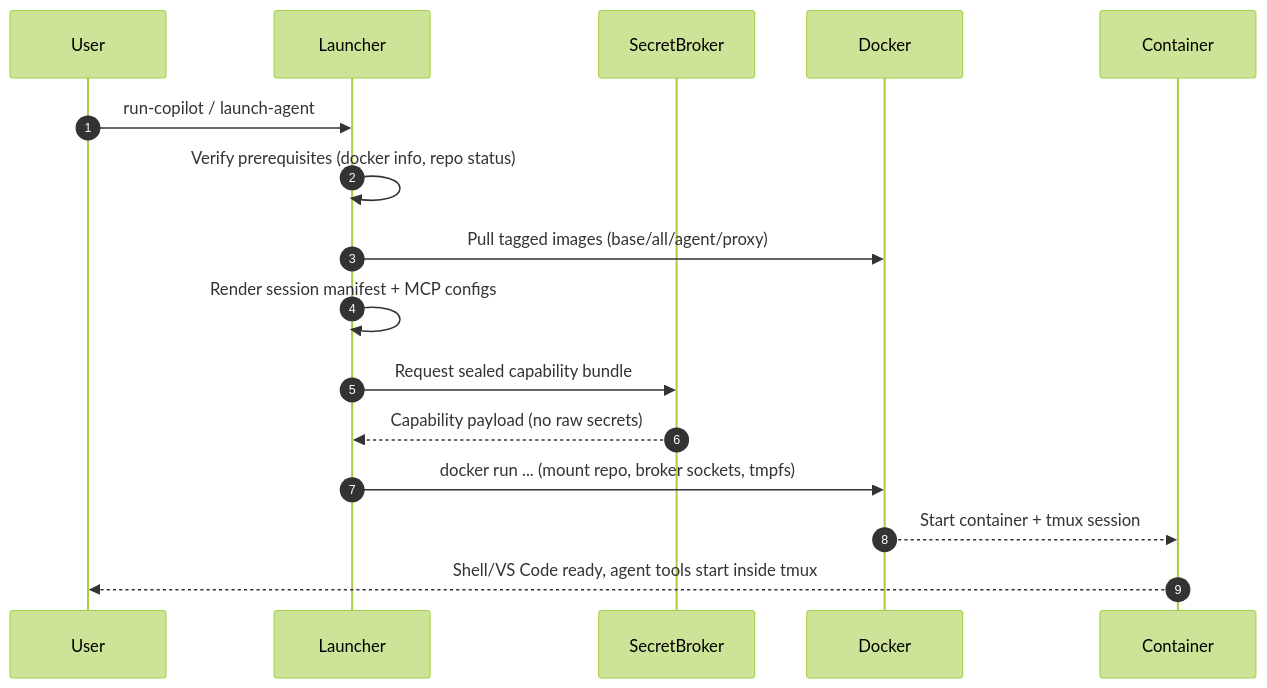
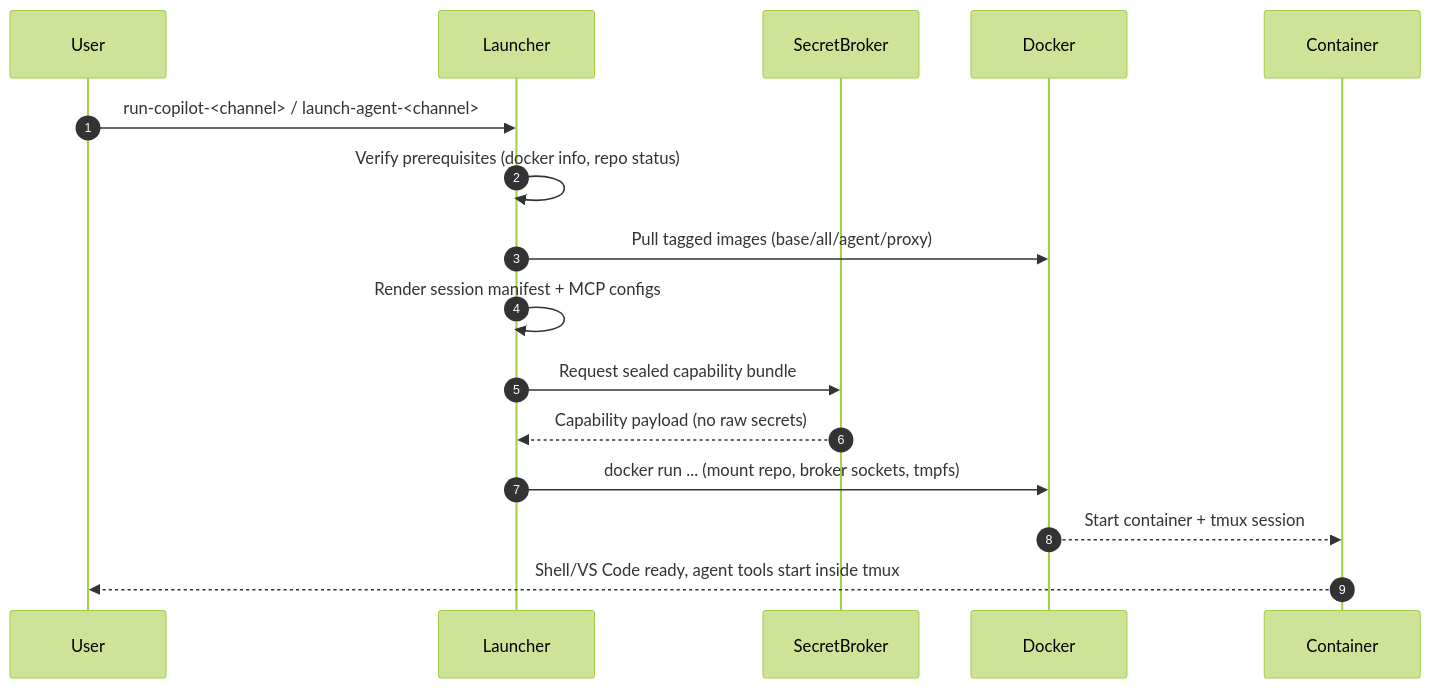
Before and after one commit to novotnyllc/ContainAI: the first of 4 diagrams in docs/security-workflows.md, drawn with Mermaid (forest theme). The commit also changed 38 other files, not shown here.

First line of the commit message:
feat: Introduce channel-specific launcher entrypoints and digest handling

````diff
--- a/docs/security-workflows.md
+++ b/docs/security-workflows.md
@@ -7,19 +7,19 @@
 ```mermaid
 sequenceDiagram
     autonumber
     participant User
     participant Launcher
     participant SecretBroker
     participant Docker
     participant Container
 
-    User->>Launcher: run-copilot / launch-agent
+    User->>Launcher: run-copilot-<channel> / launch-agent-<channel>
     Launcher->>Launcher: Verify prerequisites (docker info, repo status)
     Launcher->>Docker: Pull tagged images (base/all/agent/proxy)
     Launcher->>Launcher: Render session manifest + MCP configs
     Launcher->>SecretBroker: Request sealed capability bundle
     SecretBroker-->>Launcher: Capability payload (no raw secrets)
     Launcher->>Docker: docker run ... (mount repo, broker sockets, tmpfs)
     Docker-->>Container: Start container + tmux session
     Container-->>User: Shell/VS Code ready, agent tools start inside tmux
 ```
````
